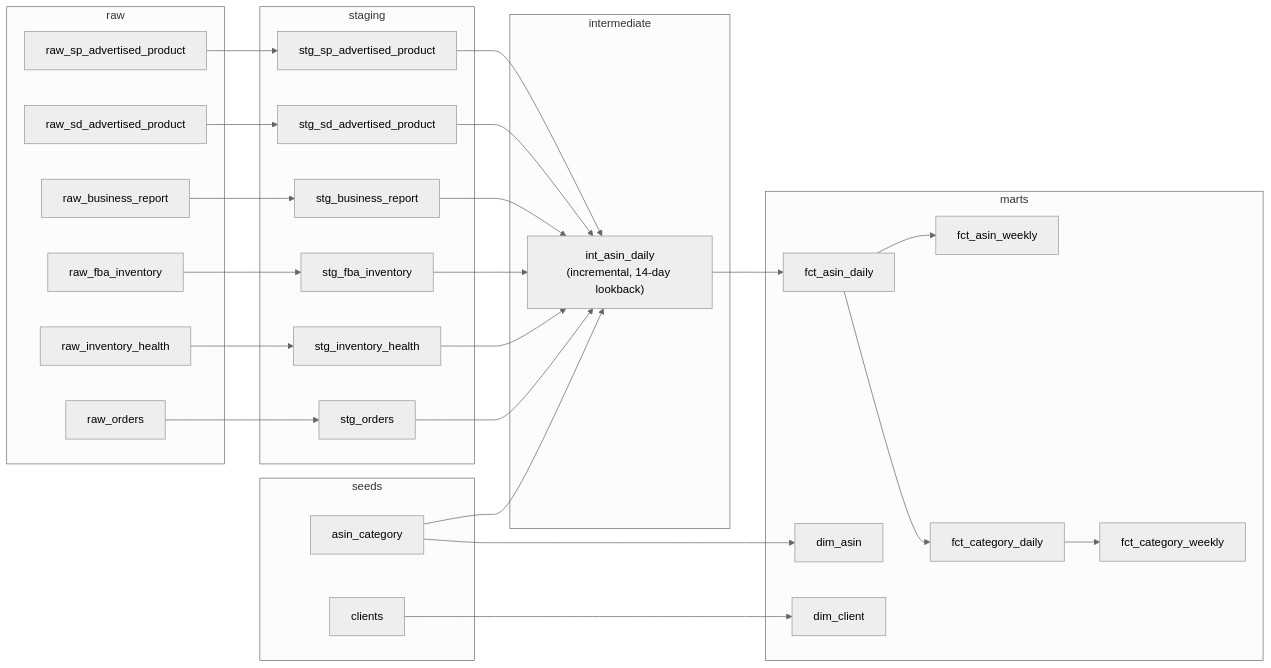
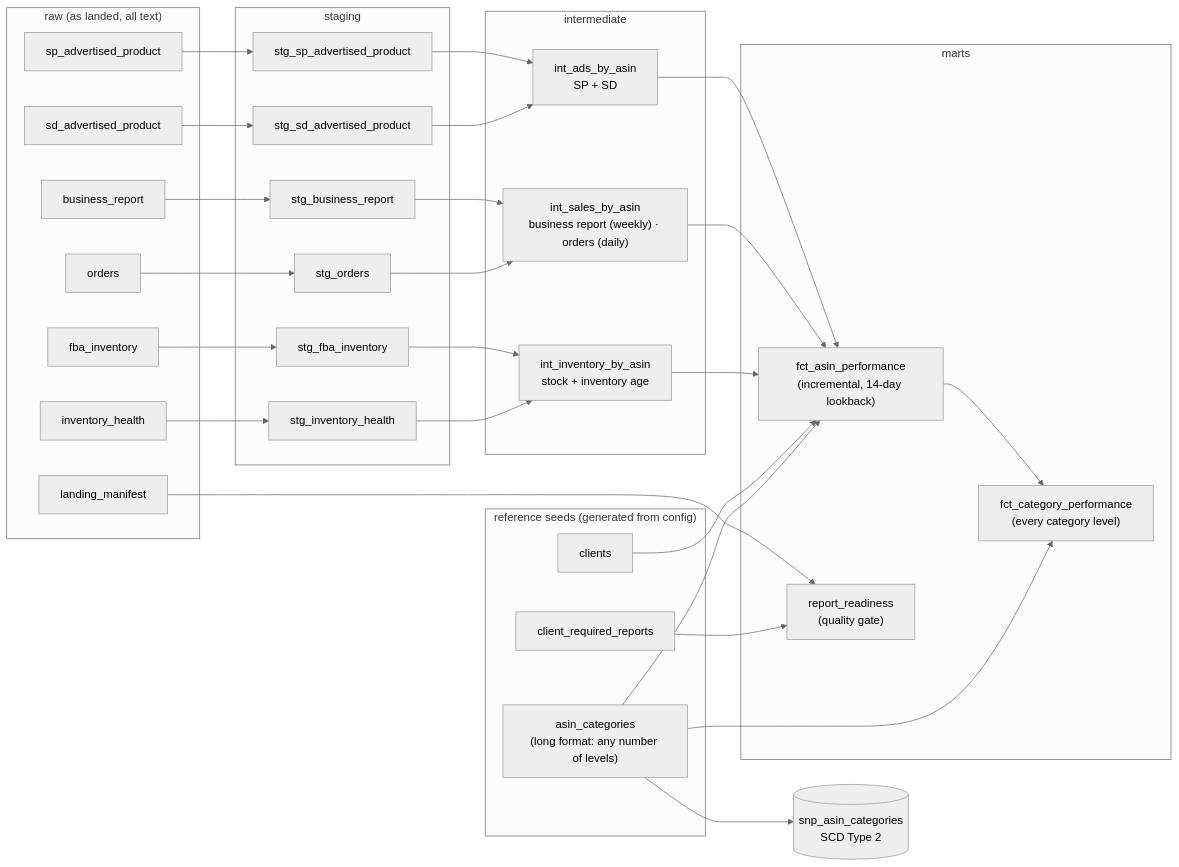
Before and after one commit to Jyoti-op/amazon-ads-elt-platform: the second of 2 diagrams in README.md, drawn with Mermaid (neutral theme). The commit also changed other lines of this file, not shown here.

````diff
--- a/README.md
+++ b/README.md
@@ -91,41 +91,46 @@
 ```mermaid
 flowchart LR
-    subgraph raw
-        r1[raw_sp_advertised_product]
-        r2[raw_sd_advertised_product]
-        r3[raw_business_report]
-        r4[raw_fba_inventory]
-        r5[raw_inventory_health]
-        r6[raw_orders]
+    subgraph raw["raw (as landed, all text)"]
+        r1[sp_advertised_product]
+        r2[sd_advertised_product]
+        r3[business_report]
+        r4[orders]
+        r5[fba_inventory]
+        r6[inventory_health]
+        r7[landing_manifest]
     end
-    subgraph seeds
+    subgraph seeds["reference seeds (generated from config)"]
         s1[clients]
-        s2[asin_category]
+        s2[client_required_reports]
+        s3["asin_categories<br/>(long format: any number of levels)"]
     end
     subgraph staging
         t1[stg_sp_advertised_product]
         t2[stg_sd_advertised_product]
         t3[stg_business_report]
-        t4[stg_fba_inventory]
-        t5[stg_inventory_health]
-        t6[stg_orders]
+        t4[stg_orders]
+        t5[stg_fba_inventory]
+        t6[stg_inventory_health]
     end
     subgraph intermediate
-        i1["int_asin_daily<br/>(incremental, 14-day lookback)"]
+        i1["int_ads_by_asin<br/>SP + SD"]
+        i2["int_sales_by_asin<br/>business report (weekly) · orders (daily)"]
+        i3["int_inventory_by_asin<br/>stock + inventory age"]
     end
     subgraph marts
-        m1[fct_asin_daily]
-        m2[fct_asin_weekly]
-        m3[fct_category_daily]
-        m4[fct_category_weekly]
-        d1[dim_asin]
-        d2[dim_client]
+        m1["fct_asin_performance<br/>(incremental, 14-day lookback)"]
+        m2["fct_category_performance<br/>(every category level)"]
+        m3["report_readiness<br/>(quality gate)"]
     end
+    snap[("snp_asin_categories<br/>SCD Type 2")]
     r1-->t1; r2-->t2; r3-->t3; r4-->t4; r5-->t5; r6-->t6
-    t1 & t2 & t3 & t4 & t5 & t6 --> i1
-    s2 --> i1
-    i1 --> m1 --> m2
-    m1 --> m3 --> m4
-    s1 --> d2
-    s2 --> d1
+    t1 & t2 --> i1
+    t3 & t4 --> i2
+    t5 & t6 --> i3
+    i1 & i2 & i3 --> m1
+    s1 & s3 --> m1
+    m1 --> m2
+    s3 --> m2
+    r7 & s2 --> m3
+    s3 --> snap
 ```
````
